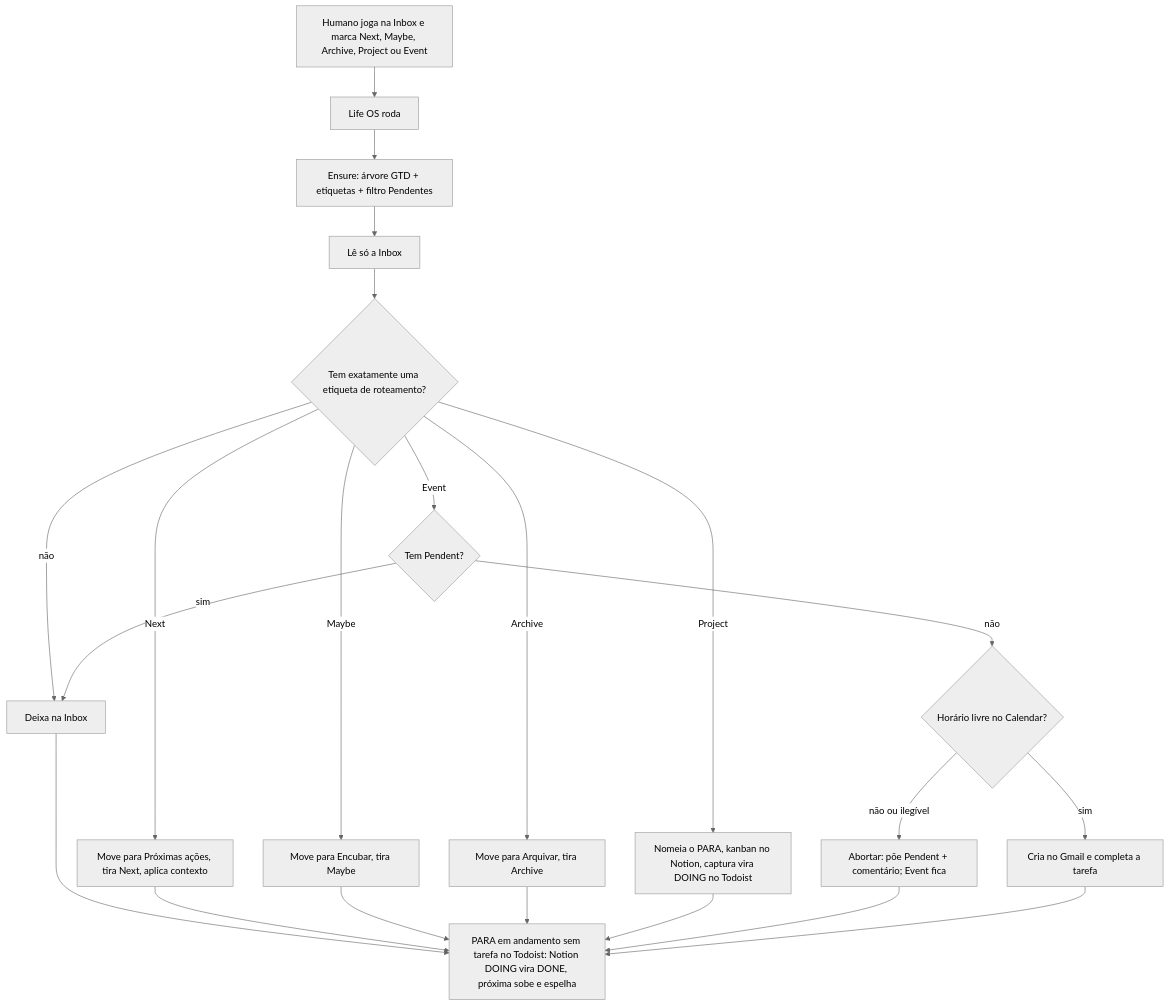
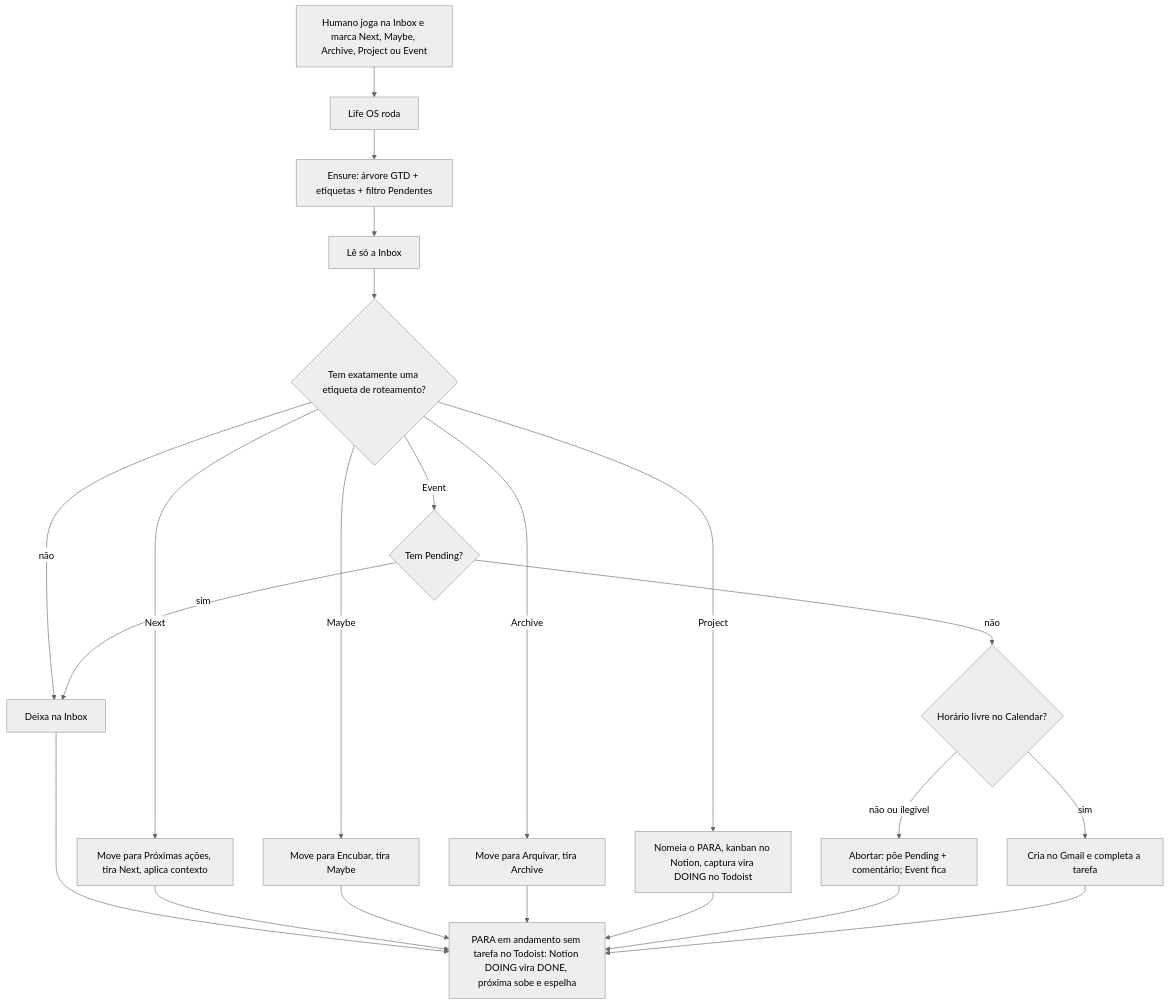
Before and after one commit to leandrobudaumoraes/MyLife: the diagram in docs/specs/01-todoist-fluxo.md, drawn with Mermaid (neutral theme). The commit also changed other lines of this file and 19 other files, not shown here.

````diff
--- a/docs/specs/01-todoist-fluxo.md
+++ b/docs/specs/01-todoist-fluxo.md
@@ -174,25 +174,25 @@
 ```mermaid
 flowchart TB
   H["Humano joga na Inbox e marca Next, Maybe, Archive, Project ou Event"] --> RUN["Life OS roda"]
   RUN --> ENSURE["Ensure: árvore GTD + etiquetas + filtro Pendentes"]
   ENSURE --> INBOX["Lê só a Inbox"]
   INBOX --> FILTRO{"Tem exatamente uma etiqueta de roteamento?"}
   FILTRO -->|não| SKIP["Deixa na Inbox"]
   FILTRO -->|Next| NEXT["Move para Próximas ações, tira Next, aplica contexto"]
   FILTRO -->|Maybe| MAYBE["Move para Encubar, tira Maybe"]
   FILTRO -->|Archive| ARQ["Move para Arquivar, tira Archive"]
   FILTRO -->|Project| PROJ["Nomeia o PARA, kanban no Notion, captura vira DOING no Todoist"]
-  FILTRO -->|Event| PEND{"Tem Pendent?"}
+  FILTRO -->|Event| PEND{"Tem Pending?"}
   PEND -->|sim| SKIP
   PEND -->|não| SLOT{"Horário livre no Calendar?"}
-  SLOT -->|não ou ilegível| LOCK["Abortar: põe Pendent + comentário; Event fica"]
+  SLOT -->|não ou ilegível| LOCK["Abortar: põe Pending + comentário; Event fica"]
   SLOT -->|sim| CAL["Cria no Gmail e completa a tarefa"]
   SKIP --> ADVANCE
   NEXT --> ADVANCE
   MAYBE --> ADVANCE
   ARQ --> ADVANCE
   PROJ --> ADVANCE
   LOCK --> ADVANCE
   CAL --> ADVANCE
   ADVANCE["PARA em andamento sem tarefa no Todoist: Notion DOING vira DONE, próxima sobe e espelha"]
 ```
````
